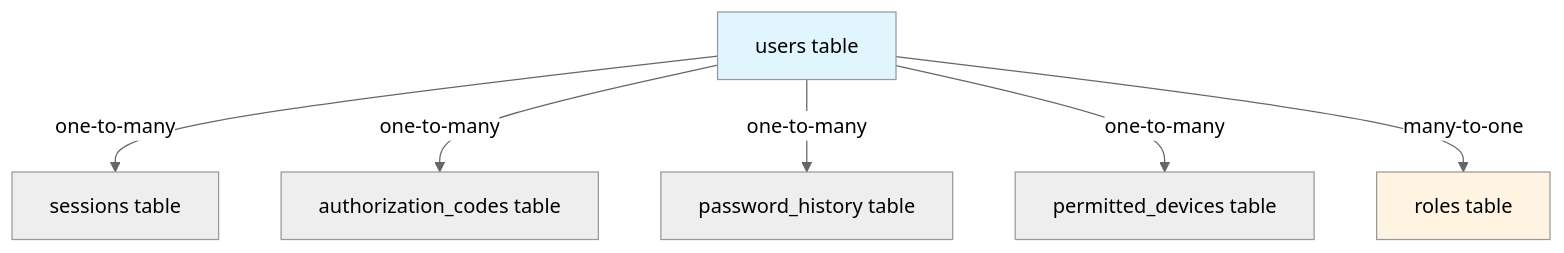
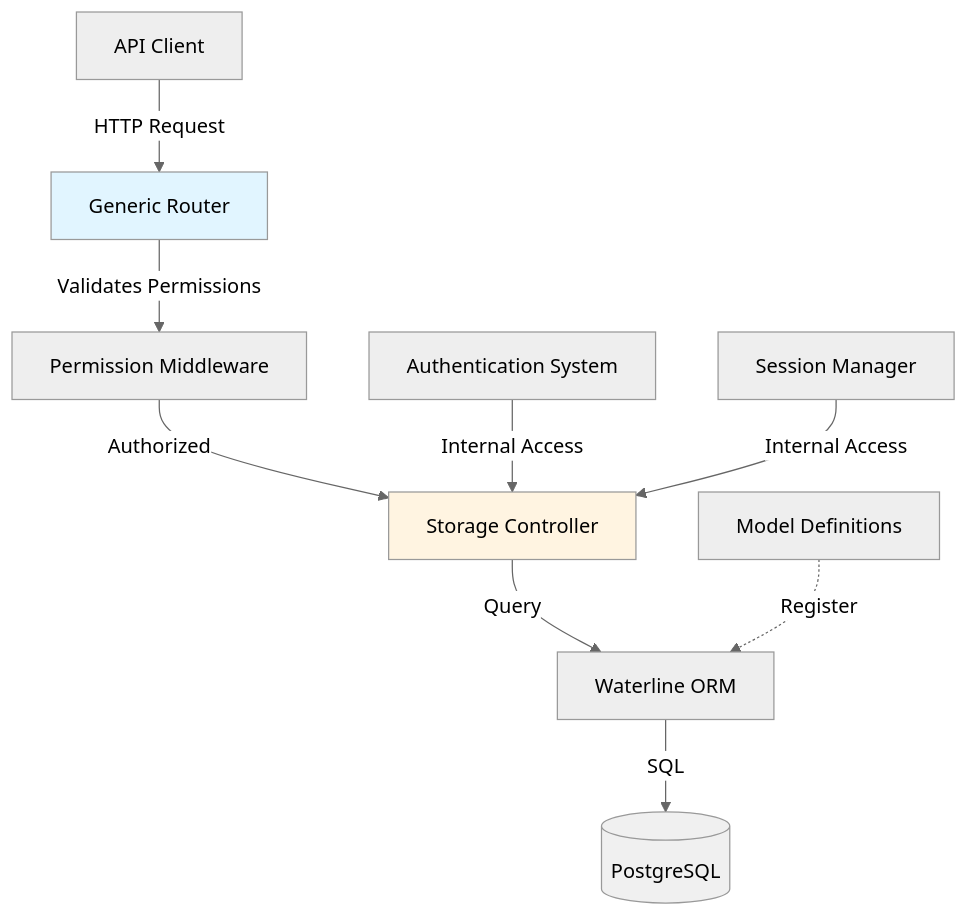
One commit to carlosgalveias/water-orm-api-skeleton changed the diagram in docs/DATABASE.md. Above: the diagram before and after it, drawn with Mermaid (neutral theme). The commit also changed other lines of this file and 3 other files, not shown here.

````diff
--- a/docs/DATABASE.md
+++ b/docs/DATABASE.md
@@ -542,11 +774,17 @@
 ```mermaid
 graph TD
-    Users[users table] -->|one-to-many| Sessions[sessions table]
-    Users -->|one-to-many| Codes[authorization_codes table]
-    Users -->|one-to-many| History[password_history table]
-    Users -->|one-to-many| Devices[permitted_devices table]
-    Users -->|many-to-one| Roles[roles table]
+    API[API Client] -->|HTTP Request| GenericRouter[Generic Router]
+    GenericRouter -->|Validates Permissions| PermissionMiddleware[Permission Middleware]
+    PermissionMiddleware -->|Authorized| StorageDB[Storage Controller]
+    StorageDB -->|Query| ORM[Waterline ORM]
+    ORM -->|SQL| Database[(PostgreSQL)]
     
-    style Users fill:#e1f5ff
-    style Roles fill:#fff4e1
+    AuthSystem[Authentication System] -->|Internal Access| StorageDB
+    SessionManager[Session Manager] -->|Internal Access| StorageDB
+    
+    ModelFiles[Model Definitions] -.->|Register| ORM
+    
+    style GenericRouter fill:#e1f5ff
+    style StorageDB fill:#fff4e1
+    style Database fill:#f0f0f0
 ```
````
